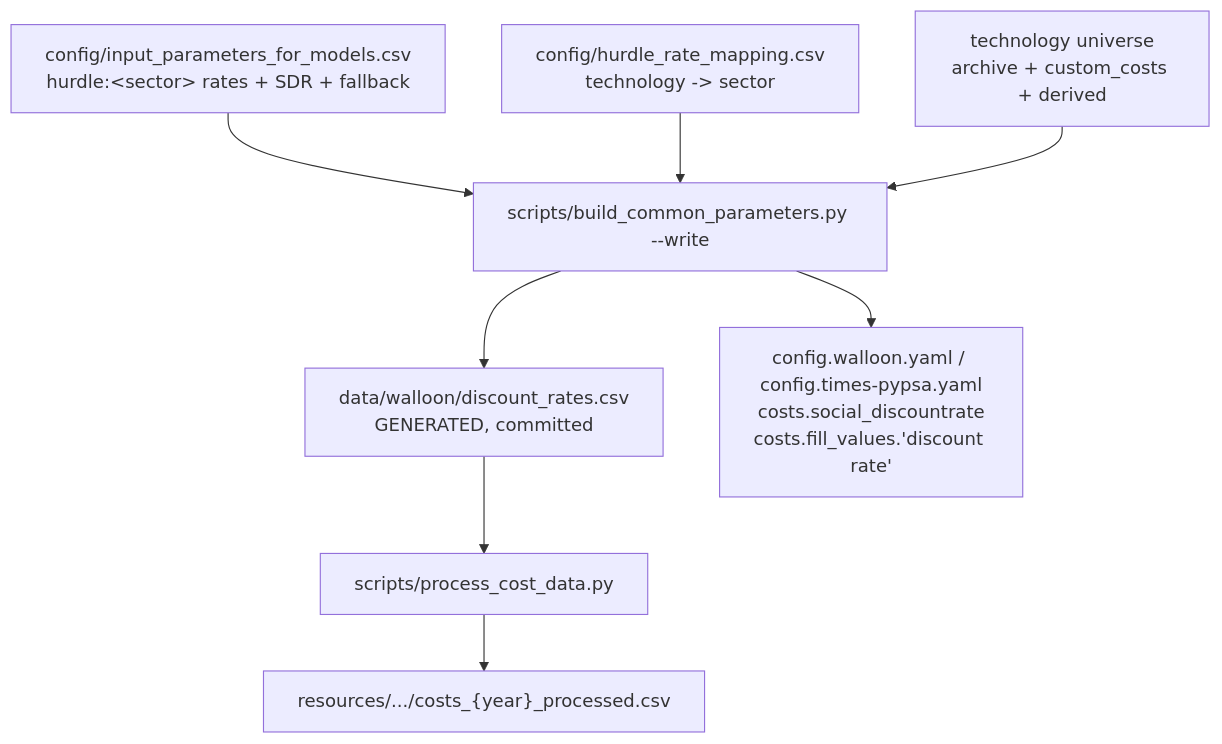
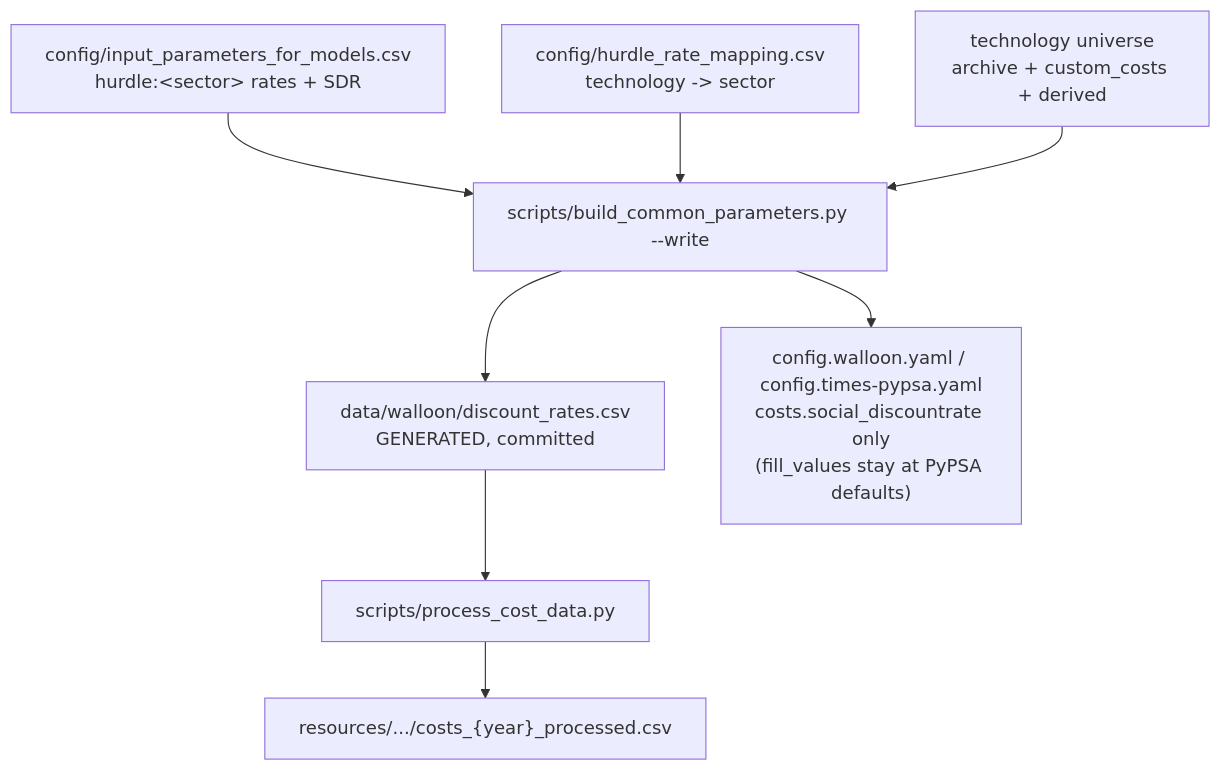
Before and after one commit to IntSusEnergySystems/pypsa-wal: the second of 2 diagrams in docs/discount-rates-analysis.md, drawn with Mermaid. The commit also changed other lines of this file and 17 other files, not shown here.

Commit message:
Implement differentiated hurdle/discount rates

````diff
--- a/docs/discount-rates-analysis.md
+++ b/docs/discount-rates-analysis.md
@@ -327,10 +328,10 @@
 ```mermaid
 flowchart TD
-    M["config/input_parameters_for_models.csv<br/>hurdle:&lt;sector&gt; rates + SDR + fallback"] --> S[scripts/build_common_parameters.py --write]
+    M["config/input_parameters_for_models.csv<br/>hurdle:&lt;sector&gt; rates + SDR"] --> S[scripts/build_common_parameters.py --write]
     P["config/hurdle_rate_mapping.csv<br/>technology -> sector"] --> S
     U["technology universe<br/>archive + custom_costs + derived"] --> S
     S --> G["data/walloon/discount_rates.csv<br/>GENERATED, committed"]
-    S --> Y["config.walloon.yaml / config.times-pypsa.yaml<br/>costs.social_discountrate<br/>costs.fill_values.'discount rate'"]
+    S --> Y["config.walloon.yaml / config.times-pypsa.yaml<br/>costs.social_discountrate only<br/>(fill_values stay at PyPSA defaults)"]
     G --> PC[scripts/process_cost_data.py]
     PC --> R["resources/.../costs_{year}_processed.csv"]
 ```
````
